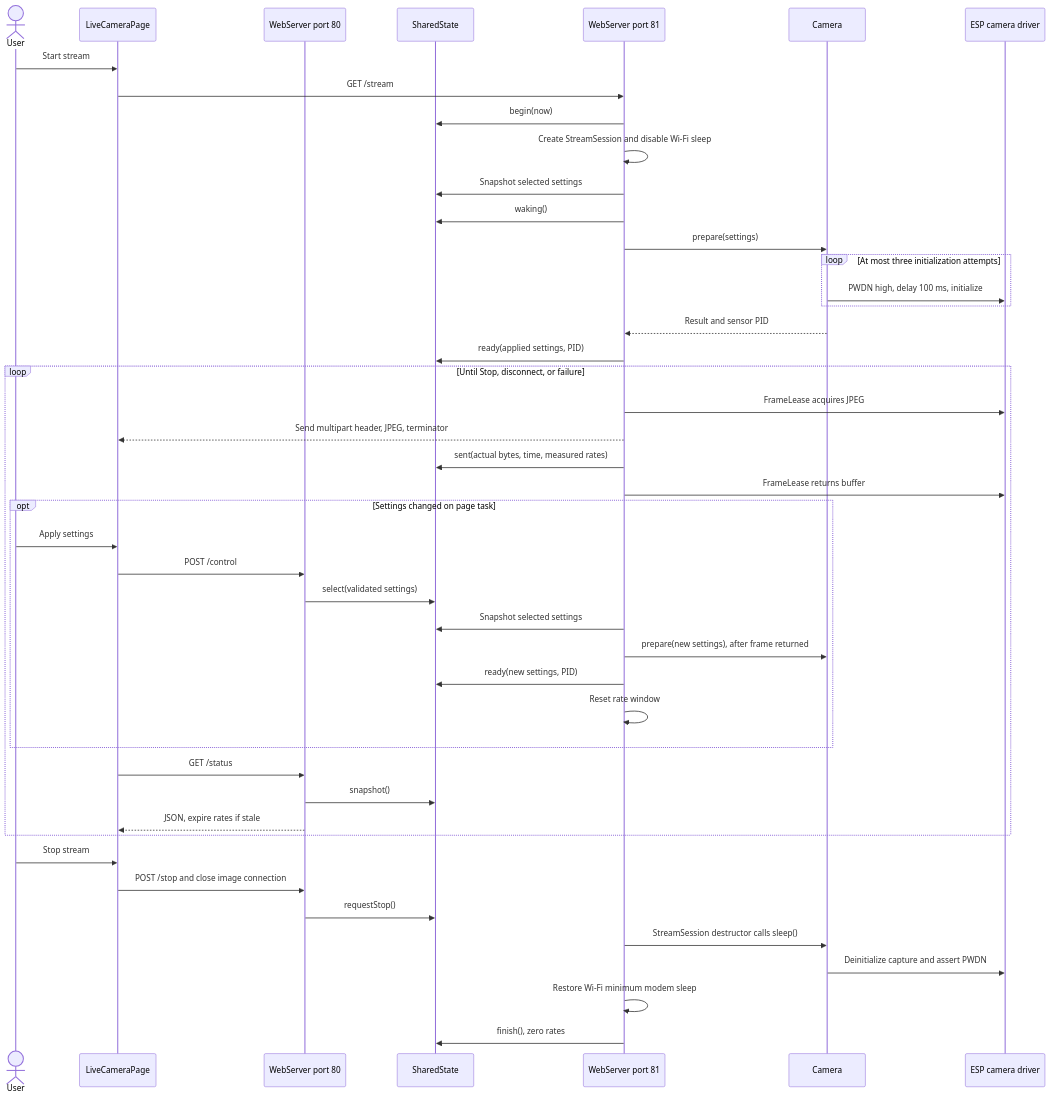
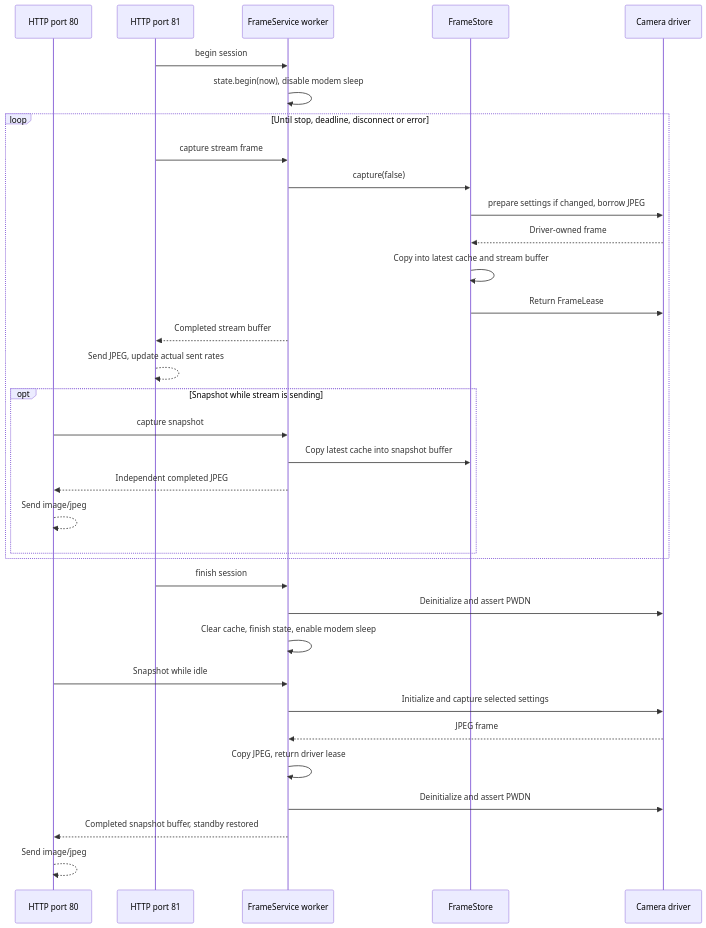
One commit to dm1ar/ESP32-CAM changed the second of 3 diagrams in docs/ARCHITECTURE.md. Above: the diagram before and after it, drawn with Mermaid. The commit also changed other lines of this file and 20 other files, not shown here.

Commit message:
Add JPEG snapshots with shared camera frame access

````diff
--- a/docs/ARCHITECTURE.md
+++ b/docs/ARCHITECTURE.md
@@ -172,47 +201,36 @@
 ```mermaid
 sequenceDiagram
-    actor User
-    participant UI as LiveCameraPage
-    participant Page as WebServer port 80
-    participant State as SharedState
-    participant Stream as WebServer port 81
-    participant Camera
-    participant Driver as ESP camera driver
-    User->>UI: Start stream
-    UI->>Stream: GET /stream
-    Stream->>State: begin(now)
-    Stream->>Stream: Create StreamSession and disable Wi-Fi sleep
-    Stream->>State: Snapshot selected settings
-    Stream->>State: waking()
-    Stream->>Camera: prepare(settings)
-    loop At most three initialization attempts
-        Camera->>Driver: PWDN high, delay 100 ms, initialize
+    participant Page as HTTP port 80
+    participant Stream as HTTP port 81
+    participant Worker as FrameService worker
+    participant Store as FrameStore
+    participant Driver as Camera driver
+    Stream->>Worker: begin session
+    Worker->>Worker: state.begin(now), disable modem sleep
+    loop Until stop, deadline, disconnect or error
+        Stream->>Worker: capture stream frame
+        Worker->>Store: capture(false)
+        Store->>Driver: prepare settings if changed, borrow JPEG
+        Driver-->>Store: Driver-owned frame
+        Store->>Store: Copy into latest cache and stream buffer
+        Store->>Driver: Return FrameLease
+        Worker-->>Stream: Completed stream buffer
+        Stream-->>Stream: Send JPEG, update actual sent rates
+        opt Snapshot while stream is sending
+            Page->>Worker: capture snapshot
+            Worker->>Store: Copy latest cache into snapshot buffer
+            Worker-->>Page: Independent completed JPEG
+            Page-->>Page: Send image/jpeg
+        end
     end
-    Camera-->>Stream: Result and sensor PID
-    Stream->>State: ready(applied settings, PID)
-    loop Until Stop, disconnect, or failure
-        Stream->>Driver: FrameLease acquires JPEG
-        Stream-->>UI: Send multipart header, JPEG, terminator
-        Stream->>State: sent(actual bytes, time, measured rates)
-        Stream->>Driver: FrameLease returns buffer
-        opt Settings changed on page task
-            User->>UI: Apply settings
-            UI->>Page: POST /control
-            Page->>State: select(validated settings)
-            Stream->>State: Snapshot selected settings
-            Stream->>Camera: prepare(new settings), after frame returned
-            Stream->>State: ready(new settings, PID)
-            Stream->>Stream: Reset rate window
-        end
-        UI->>Page: GET /status
-        Page->>State: snapshot()
-        Page-->>UI: JSON, expire rates if stale
-    end
-    User->>UI: Stop stream
-    UI->>Page: POST /stop and close image connection
-    Page->>State: requestStop()
-    Stream->>Camera: StreamSession destructor calls sleep()
-    Camera->>Driver: Deinitialize capture and assert PWDN
-    Stream->>Stream: Restore Wi-Fi minimum modem sleep
-    Stream->>State: finish(), zero rates
+    Stream->>Worker: finish session
+    Worker->>Driver: Deinitialize and assert PWDN
+    Worker->>Worker: Clear cache, finish state, enable modem sleep
+    Page->>Worker: Snapshot while idle
+    Worker->>Driver: Initialize and capture selected settings
+    Driver-->>Worker: JPEG frame
+    Worker->>Worker: Copy JPEG, return driver lease
+    Worker->>Driver: Deinitialize and assert PWDN
+    Worker-->>Page: Completed snapshot buffer, standby restored
+    Page-->>Page: Send image/jpeg
 ```
````
